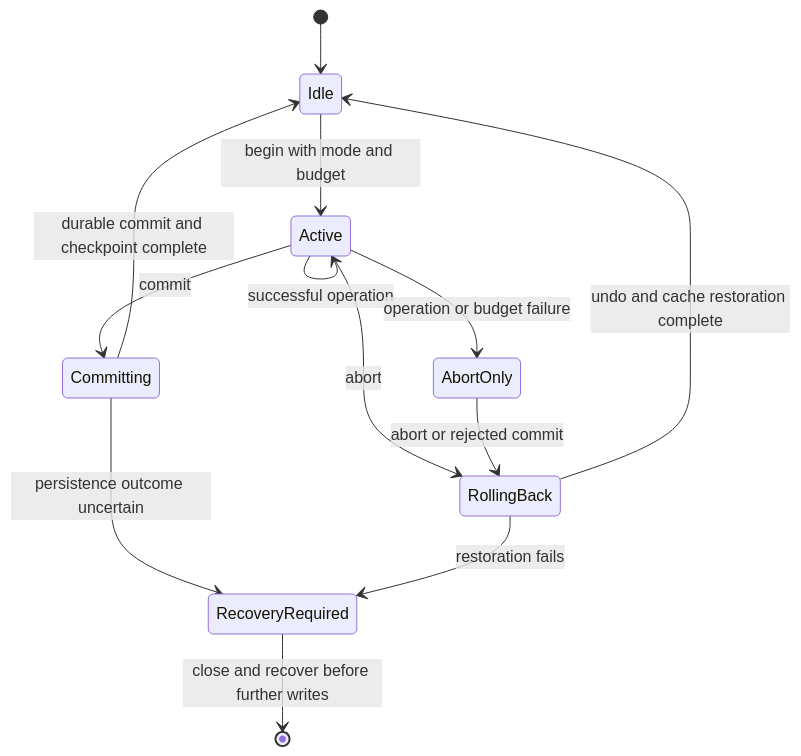
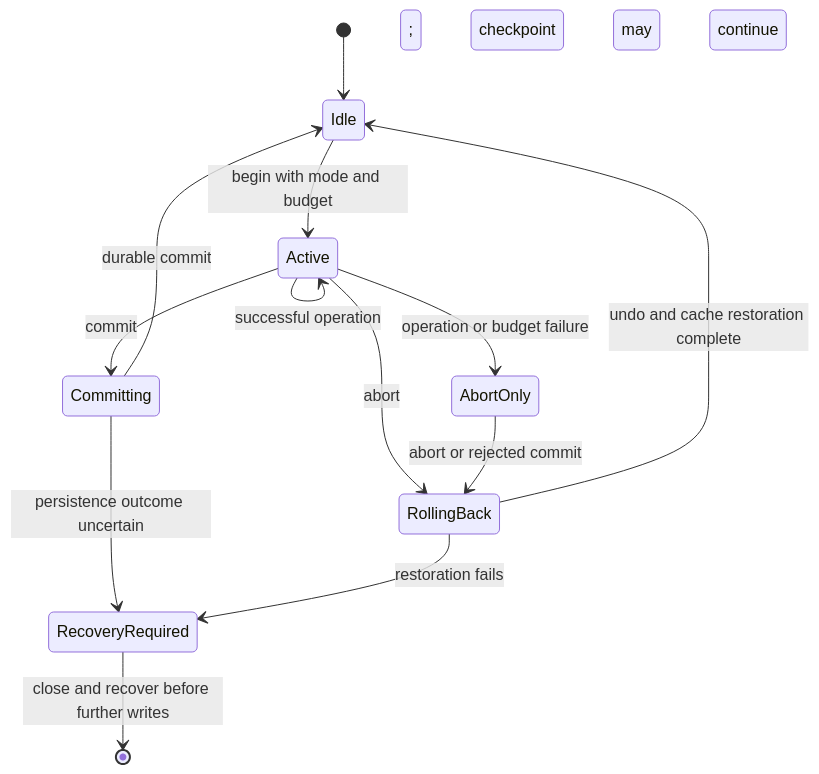
One commit to nvfuse/nvfuse changed the first of 2 diagrams in docs/user-transactions-design.md. Above: the diagram before and after it, drawn with Mermaid. The commit also changed other lines of this file and 3 other files, not shown here.

Commit message:
Record roadmap soak evidence and reconcile current API contracts

````diff
--- a/docs/user-transactions-design.md
+++ b/docs/user-transactions-design.md
@@ -127,15 +128,15 @@
 ```mermaid
 stateDiagram-v2
     [*] --> Idle
     Idle --> Active: begin with mode and budget
     Active --> Active: successful operation
     Active --> AbortOnly: operation or budget failure
     Active --> Committing: commit
     Active --> RollingBack: abort
     AbortOnly --> RollingBack: abort or rejected commit
-    Committing --> Idle: durable commit and checkpoint complete
+    Committing --> Idle: durable commit; checkpoint may continue
     RollingBack --> Idle: undo and cache restoration complete
     Committing --> RecoveryRequired: persistence outcome uncertain
     RollingBack --> RecoveryRequired: restoration fails
     RecoveryRequired --> [*]: close and recover before further writes
 ```
````
